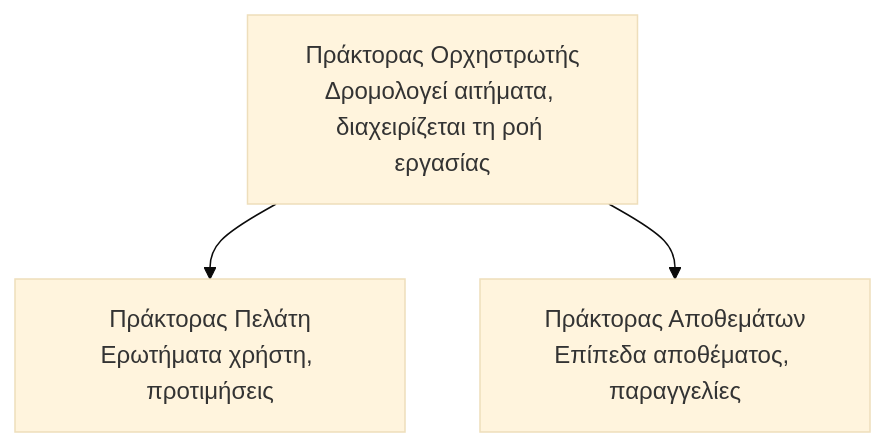
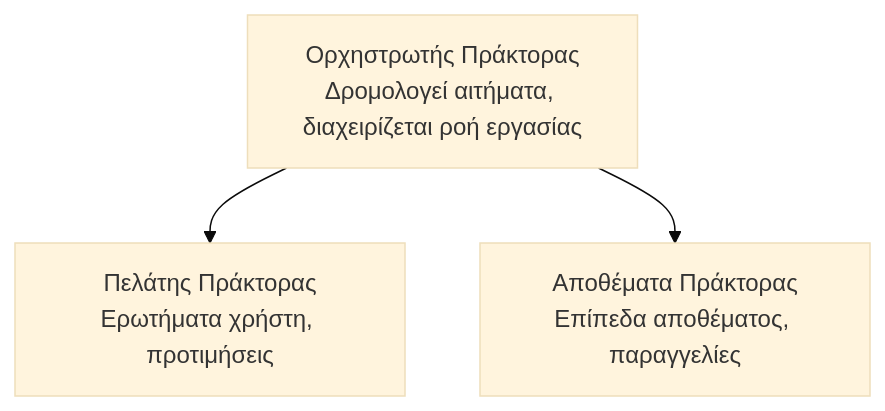
One commit to microsoft/AZD-for-beginners changed the diagram in translations/el/docs/chapter-05-multi-agent/README.md. Above: the diagram before and after it, drawn with Mermaid (base theme). The commit also changed other lines of this file and 104 other files, not shown here.

````diff
--- a/translations/el/docs/chapter-05-multi-agent/README.md
+++ b/translations/el/docs/chapter-05-multi-agent/README.md
@@ -52,5 +54,5 @@
 ```mermaid
 graph TD
-    Orchestrator[Πράκτορας Ορχηστρωτής<br/>Δρομολογεί αιτήματα, διαχειρίζεται τη ροή εργασίας] --> Customer[Πράκτορας Πελάτη<br/>Ερωτήματα χρήστη, προτιμήσεις]
-    Orchestrator --> Inventory[Πράκτορας Αποθεμάτων<br/>Επίπεδα αποθέματος, παραγγελίες]
+    Orchestrator[Ορχηστρωτής Πράκτορας<br/>Δρομολογεί αιτήματα, διαχειρίζεται ροή εργασίας] --> Customer[Πελάτης Πράκτορας<br/>Ερωτήματα χρήστη, προτιμήσεις]
+    Orchestrator --> Inventory[Αποθέματα Πράκτορας<br/>Επίπεδα αποθέματος, παραγγελίες]
 ```
````
